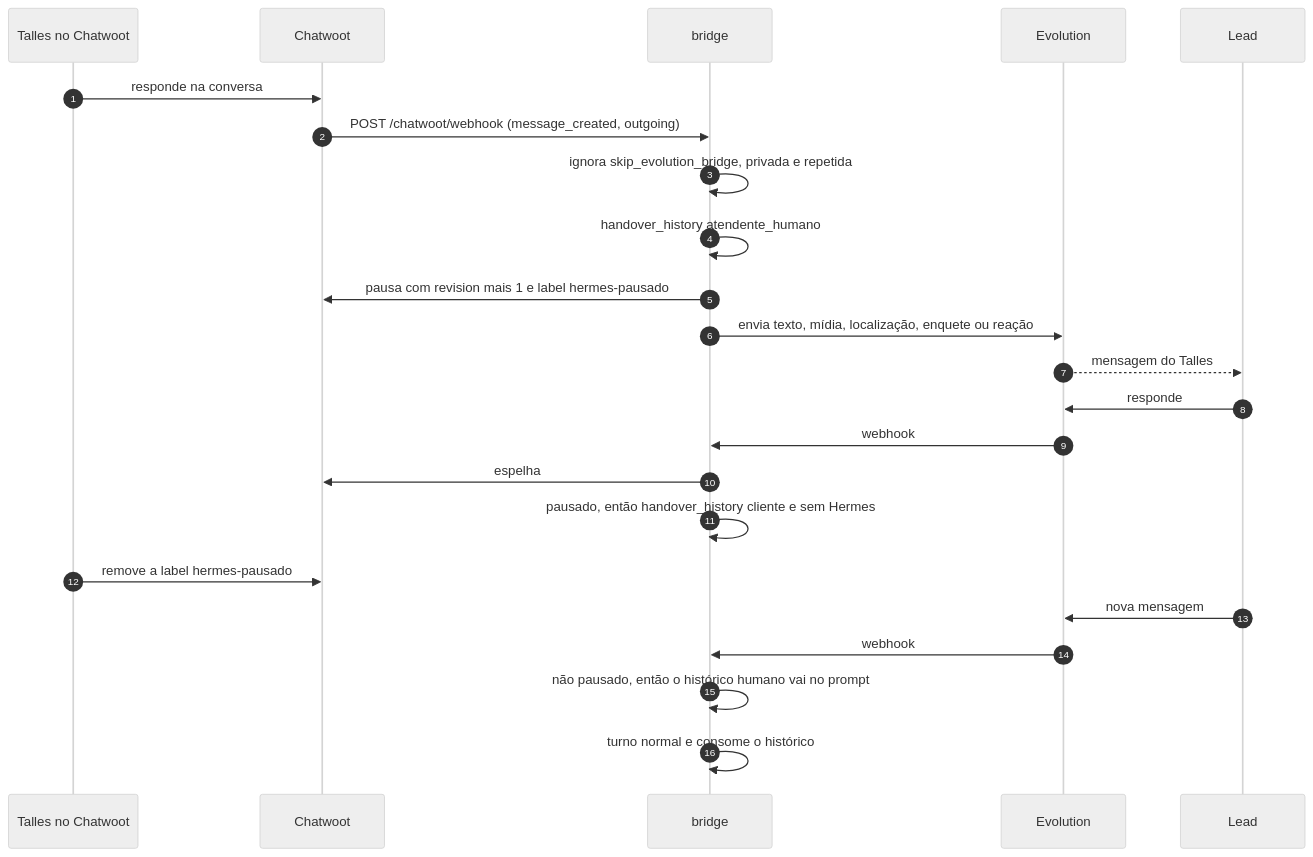
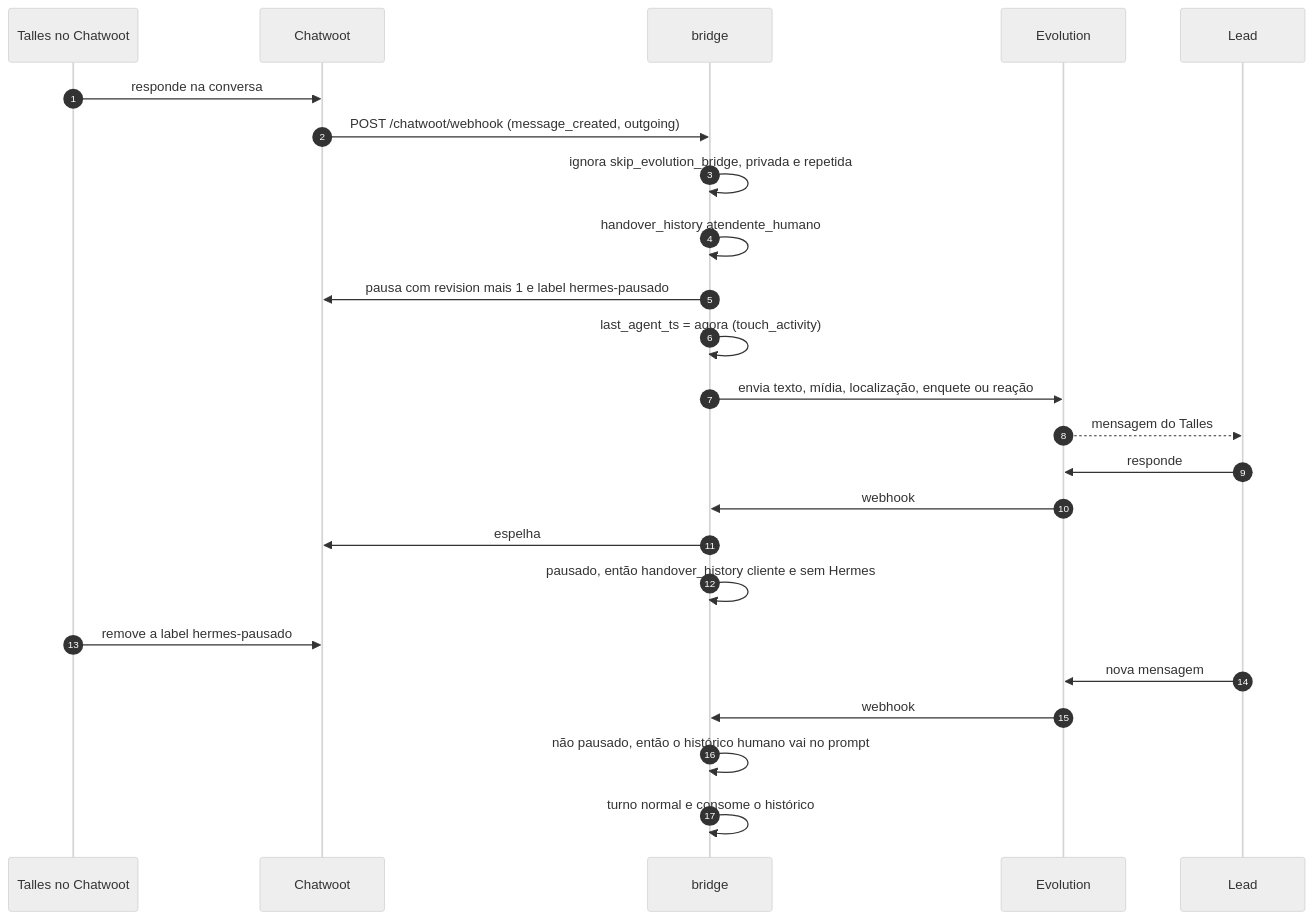
Before and after one commit to tallessouza/agente-whatsapp: the fifth of 5 diagrams in docs/CICLO-DE-VIDA.md, drawn with Mermaid (neutral theme). The commit also changed other lines of this file and 19 other files, not shown here.

````diff
--- a/docs/CICLO-DE-VIDA.md
+++ b/docs/CICLO-DE-VIDA.md
@@ -455,26 +464,27 @@
 ```mermaid
 sequenceDiagram
     autonumber
     participant T as Talles no Chatwoot
     participant CW as Chatwoot
     participant BR as bridge
     participant EVO as Evolution
     participant L as Lead
 
     T->>CW: responde na conversa
     CW->>BR: POST /chatwoot/webhook (message_created, outgoing)
     BR->>BR: ignora skip_evolution_bridge, privada e repetida
     BR->>BR: handover_history atendente_humano
     BR->>CW: pausa com revision mais 1 e label hermes-pausado
+    BR->>BR: last_agent_ts = agora (touch_activity)
     BR->>EVO: envia texto, mídia, localização, enquete ou reação
     EVO-->>L: mensagem do Talles
     L->>EVO: responde
     EVO->>BR: webhook
     BR->>CW: espelha
     BR->>BR: pausado, então handover_history cliente e sem Hermes
     T->>CW: remove a label hermes-pausado
     L->>EVO: nova mensagem
     EVO->>BR: webhook
     BR->>BR: não pausado, então o histórico humano vai no prompt
     BR->>BR: turno normal e consome o histórico
 ```
````
